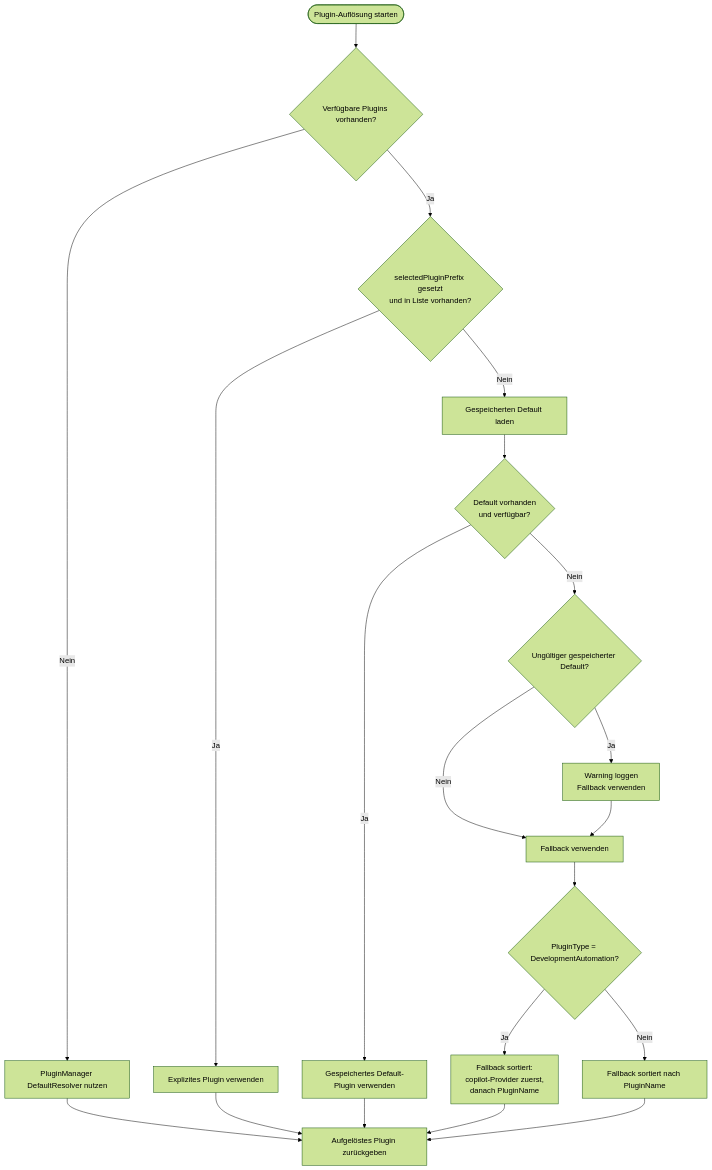
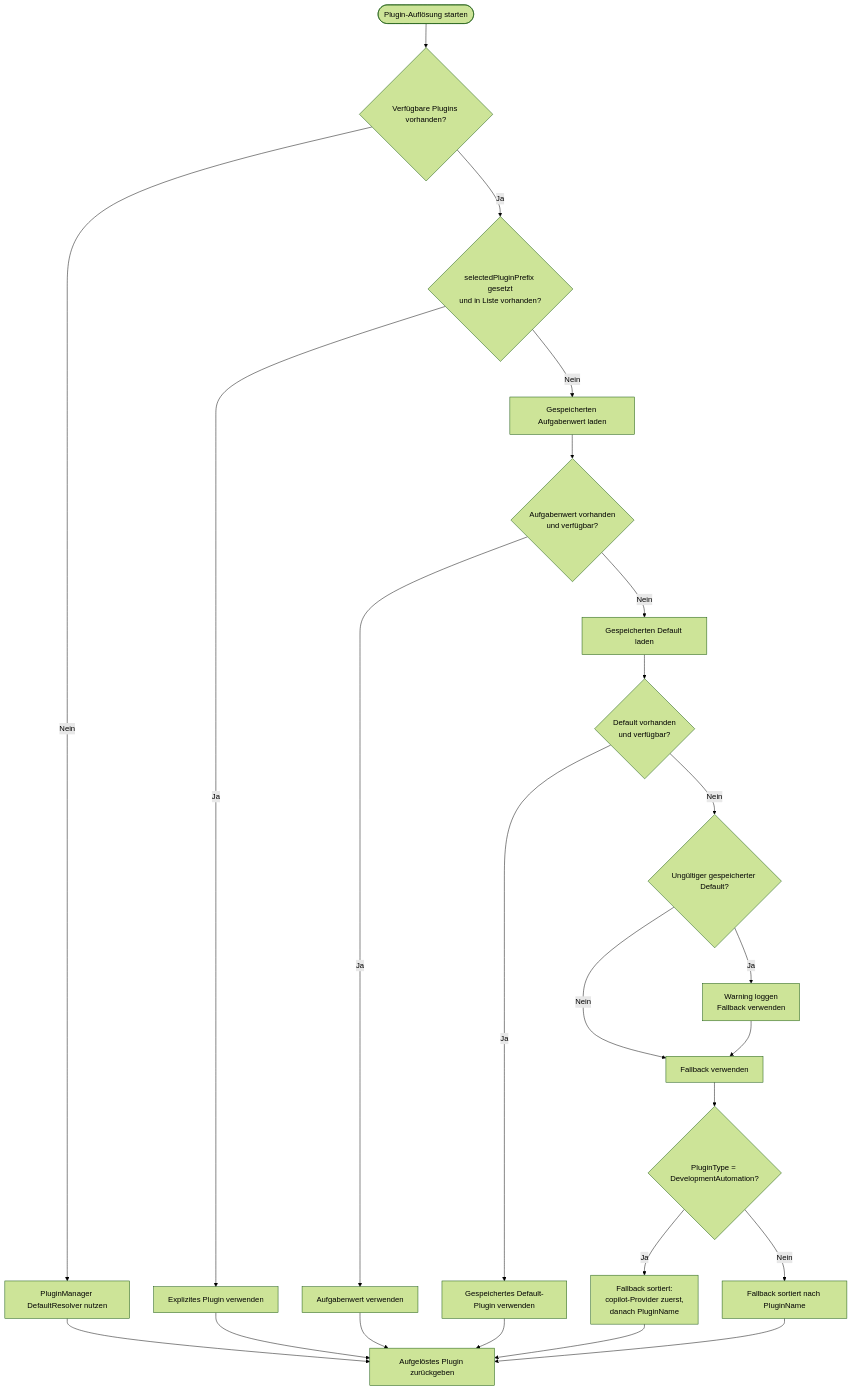
Before and after one commit to martin-stromberg/Softwareschmiede: the second of 2 diagrams in docs/flows/plugin-default-selection-flow.md, drawn with Mermaid (forest theme). The commit also changed other lines of this file and 36 other files, not shown here.

````diff
--- a/docs/flows/plugin-default-selection-flow.md
+++ b/docs/flows/plugin-default-selection-flow.md
@@ -53,23 +53,27 @@
 ```mermaid
 flowchart TD
     A([Plugin-Auflösung starten]) --> B{Verfügbare Plugins vorhanden?}
     B -- Nein --> B1[PluginManager DefaultResolver nutzen]
     B1 --> Z[Aufgelöstes Plugin zurückgeben]
 
     B -- Ja --> C{selectedPluginPrefix gesetzt<br/>und in Liste vorhanden?}
     C -- Ja --> C1[Explizites Plugin verwenden]
     C1 --> Z
-    C -- Nein --> D[Gespeicherten Default laden]
+    C -- Nein --> C2[Gespeicherten Aufgabenwert laden]
+    C2 --> C3{Aufgabenwert vorhanden<br/>und verfügbar?}
+    C3 -- Ja --> C4[Aufgabenwert verwenden]
+    C4 --> Z
+    C3 -- Nein --> D[Gespeicherten Default laden]
     D --> E{Default vorhanden<br/>und verfügbar?}
     E -- Ja --> E1[Gespeichertes Default-Plugin verwenden]
     E1 --> Z
     E -- Nein --> F{Ungültiger gespeicherter Default?}
     F -- Ja --> F1[Warning loggen<br/>Fallback verwenden]
     F -- Nein --> G[Fallback verwenden]
     F1 --> G
     G --> H{PluginType = DevelopmentAutomation?}
     H -- Ja --> I[Fallback sortiert:<br/>copilot-Provider zuerst,<br/>danach PluginName]
     H -- Nein --> J[Fallback sortiert nach PluginName]
     I --> Z
     J --> Z
 ```
````
